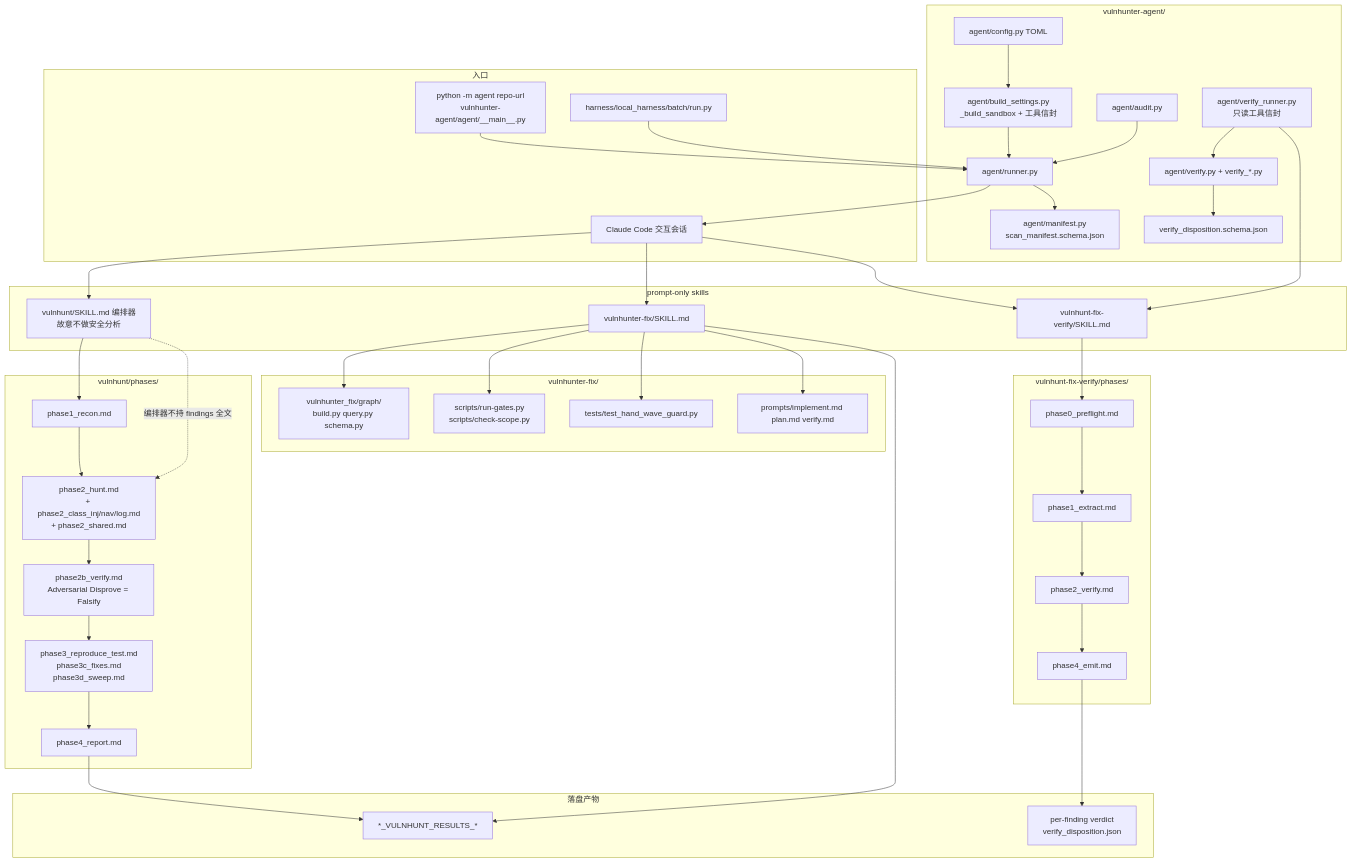
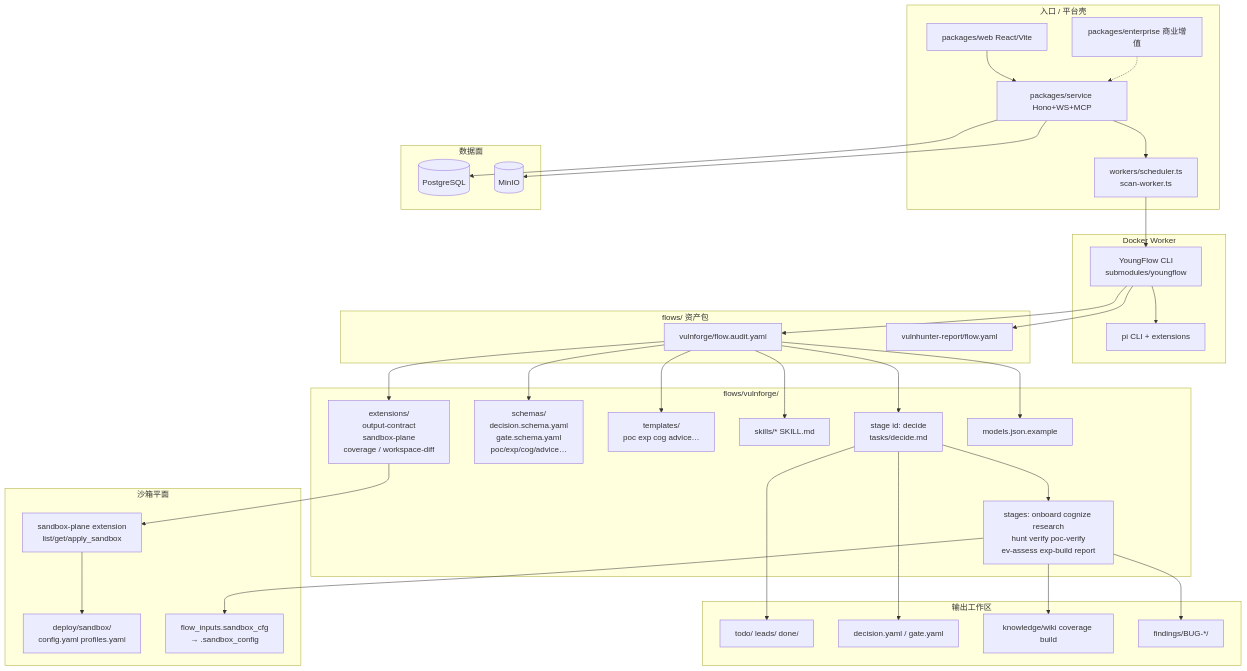
The diagram in diagrams/vulnhunter/code-modules-mermaid.md (hgmgjugjygjy/agent-research), drawn with Mermaid before and after one commit. The commit also changed other lines of this file and 23 other files, not shown here.

First line of the commit message:
fix(vulnhunter): reanchor research to Clouditera/VulnHunter

````diff
--- a/diagrams/vulnhunter/code-modules-mermaid.md
+++ b/diagrams/vulnhunter/code-modules-mermaid.md
@@ -5,69 +6,61 @@
 ```mermaid
 flowchart TB
-  subgraph entry["入口"]
-    CLI["python -m agent repo-url\nvulnhunter-agent/agent/__main__.py"]
-    CC["Claude Code 交互会话"]
-    BATCH["harness/local_harness/batch/run.py"]
+  subgraph entry["入口 / 平台壳"]
+    WEB["packages/web React/Vite"]
+    SVC["packages/service Hono+WS+MCP"]
+    SCH["workers/scheduler.ts\nscan-worker.ts"]
+    ENT["packages/enterprise 商业增值"]
   end
 
-  subgraph skills["prompt-only skills"]
-    HUNT["vulnhunt/SKILL.md 编排器\n故意不做安全分析"]
-    FIX["vulnhunter-fix/SKILL.md"]
-    VER["vulnhunt-fix-verify/SKILL.md"]
+  subgraph data["数据面"]
+    PG[(PostgreSQL)]
+    MIN[(MinIO)]
   end
 
-  subgraph hunt_phases["vulnhunt/phases/"]
-    P1["phase1_recon.md"]
-    P2["phase2_hunt.md\n+ phase2_class_inj/nav/log.md\n+ phase2_shared.md"]
-    P2B["phase2b_verify.md\nAdversarial Disprove = Falsify"]
-    P3["phase3_reproduce_test.md\nphase3c_fixes.md\nphase3d_sweep.md"]
-    P4["phase4_report.md"]
+  subgraph worker["Docker Worker"]
+    YF["YoungFlow CLI\nsubmodules/youngflow"]
+    PI["pi CLI + extensions"]
   end
 
-  subgraph fixpkg["vulnhunter-fix/"]
-    FG["vulnhunter_fix/graph/\nbuild.py query.py schema.py"]
-    GS["scripts/run-gates.py\nscripts/check-scope.py"]
-    HW["tests/test_hand_wave_guard.py"]
-    FP["prompts/implement.md plan.md verify.md"]
+  subgraph flows["flows/ 资产包"]
+    VF["vulnforge/flow.audit.yaml"]
+    VR["vulnhunter-report/flow.yaml"]
   end
 
-  subgraph verpkg["vulnhunt-fix-verify/phases/"]
-    V0["phase0_preflight.md"]
-    V1["phase1_extract.md"]
-    V2["phase2_verify.md"]
-    V4["phase4_emit.md"]
+  subgraph vulnforge["flows/vulnforge/"]
+    DEC["stage id: decide\ntasks/decide.md"]
+    STG["stages: onboard cognize research\nhunt verify poc-verify\nev-assess exp-build report"]
+    SCHM["schemas/\ndecision.schema.yaml\ngate.schema.yaml\npoc/exp/cog/advice…"]
+    TPL["templates/\npoc exp cog advice…"]
+    SK["skills/* SKILL.md"]
+    EXT["extensions/\noutput-contract\nsandbox-plane\ncoverage / workspace-diff"]
+    MOD["models.json.example"]
   end
 
-  subgraph agentrt["vulnhunter-agent/"]
-    RUN["agent/runner.py"]
-    BS["agent/build_settings.py\n_build_sandbox + 工具信封"]
-    MAN["agent/manifest.py\nscan_manifest.schema.json"]
-    VR["agent/verify_runner.py\n只读工具信封"]
-    VFY["agent/verify.py + verify_*.py"]
-    DISP["verify_disposition.schema.json"]
-    AUD["agent/audit.py"]
-    CFG["agent/config.py TOML"]
+  subgraph sandbox["沙箱平面"]
+    DEP["deploy/sandbox/\nconfig.yaml profiles.yaml"]
+    SP["sandbox-plane extension\nlist/get/apply_sandbox"]
+    CFG["flow_inputs.sandbox_cfg\n→ .sandbox_config"]
   end
 
-  subgraph artifacts["落盘产物"]
-    RES["*_VULNHUNT_RESULTS_*"]
-    VERD["per-finding verdict\nverify_disposition.json"]
+  subgraph workspace["输出工作区"]
+    TODO["todo/ leads/ done/"]
+    DY["decision.yaml / gate.yaml"]
+    KNOW["knowledge/wiki coverage build"]
+    FIND["findings/BUG-*/"]
   end
 
-  CLI --> RUN
-  BATCH --> RUN
-  CFG --> BS --> RUN
-  RUN --> CC
-  CC --> HUNT & FIX & VER
-  HUNT --> P1 --> P2 --> P2B --> P3 --> P4
-  P4 --> RES
-  FIX --> FG & GS & HW & FP
-  FIX --> RES
-  VER --> V0 --> V1 --> V2 --> V4
-  RUN --> MAN
-  VR --> VFY --> DISP
-  VR --> VER
-  V4 --> VERD
-  AUD --> RUN
-  HUNT -.->|"编排器不持 findings 全文"| P2
+  WEB --> SVC --> SCH
+  SVC --> PG & MIN
+  SCH --> YF
+  YF --> VF & VR
+  VF --> DEC --> STG
+  VF --> SCHM & TPL & SK & EXT & MOD
+  YF --> PI
+  EXT --> SP
+  SP --> DEP
+  STG --> CFG
+  DEC --> DY & TODO
+  STG --> KNOW & FIND
+  ENT -.-> SVC
 ```
````
